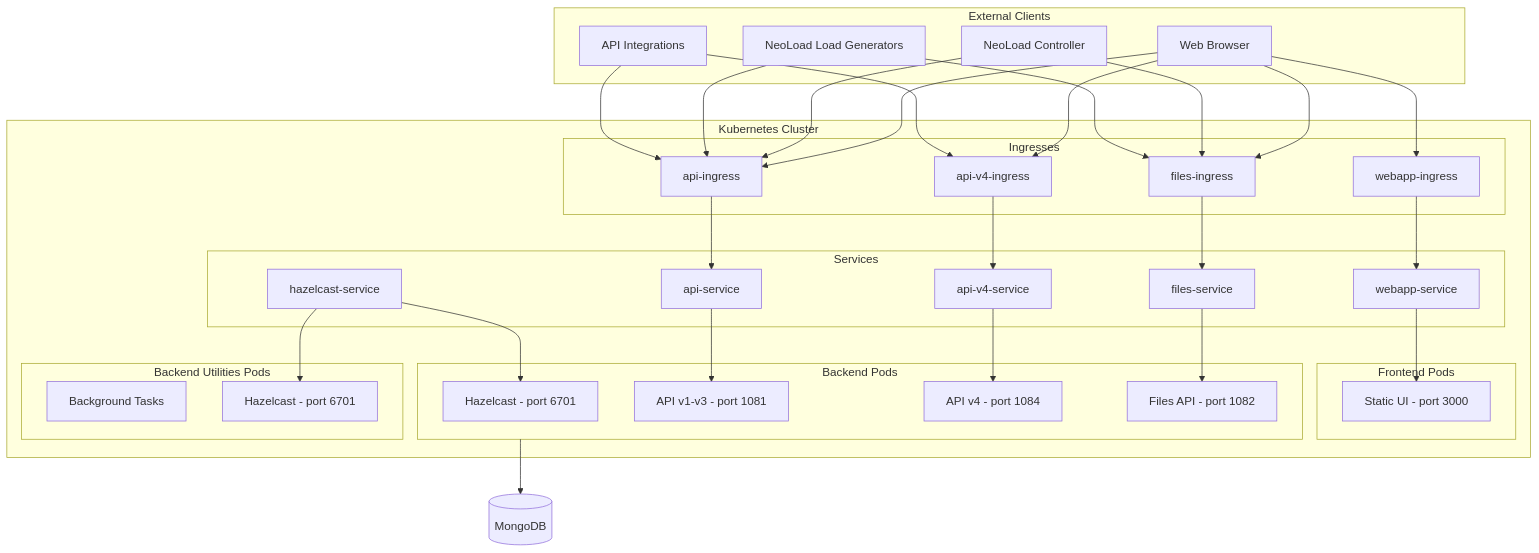
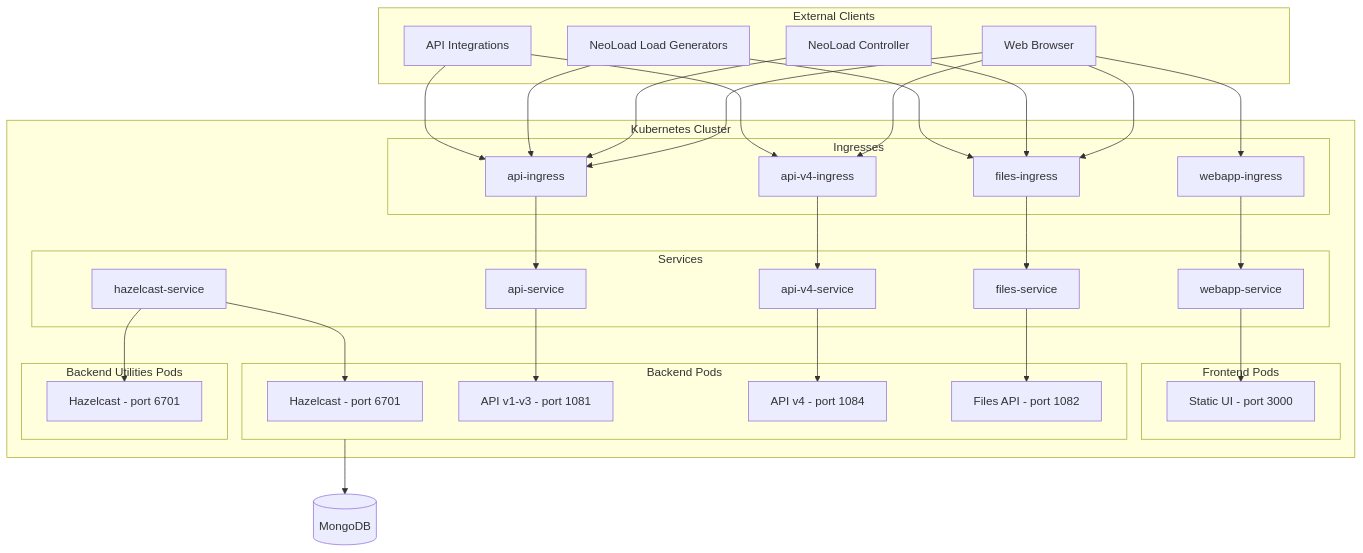
The diagram in README.md (Neotys-Labs/helm-neoload-web), drawn with Mermaid before and after one commit.

Commit message:
Update architecture diagram

````diff
--- a/README.md
+++ b/README.md
@@ -202,69 +202,68 @@
 ```mermaid
 flowchart TB
     subgraph clients [External Clients]
         browser[Web Browser]
         controller[NeoLoad Controller]
         lg[NeoLoad Load Generators]
         apiclients[API Integrations]
     end
 
     subgraph k8s [Kubernetes Cluster]
         subgraph ingresses [Ingresses]
             ing_webapp[webapp-ingress]
             ing_api[api-ingress]
             ing_apiv4[api-v4-ingress]
             ing_files[files-ingress]
         end
 
         subgraph services [Services]
             svc_webapp[webapp-service]
             svc_api[api-service]
             svc_apiv4[api-v4-service]
             svc_files[files-service]
             svc_hazelcast[hazelcast-service]
         end
 
         subgraph frontend [Frontend Pods]
             fe[Static UI - port 3000]
         end
 
         subgraph backend [Backend Pods]
             hz1[Hazelcast - port 6701]
             api[API v1-v3 - port 1081]
             apiv4[API v4 - port 1084]
             files[Files API - port 1082]
         end
 
         subgraph backendutil [Backend Utilities Pods]
-            tasks[Background Tasks]
             hz2[Hazelcast - port 6701]
         end
     end
 
     mongo[(MongoDB)]
 
     browser --> ing_webapp
     browser --> ing_api
     browser --> ing_apiv4
     browser --> ing_files
     controller --> ing_api
     controller --> ing_files
     lg --> ing_api
     lg --> ing_files
     apiclients --> ing_api
     apiclients --> ing_apiv4
 
     ing_webapp --> svc_webapp
     ing_api --> svc_api
     ing_apiv4 --> svc_apiv4
     ing_files --> svc_files
 
     svc_webapp --> fe
     svc_api --> api
     svc_apiv4 --> apiv4
     svc_files --> files
     svc_hazelcast --> hz1
     svc_hazelcast --> hz2
 
     backend --> mongo
 ```
````
